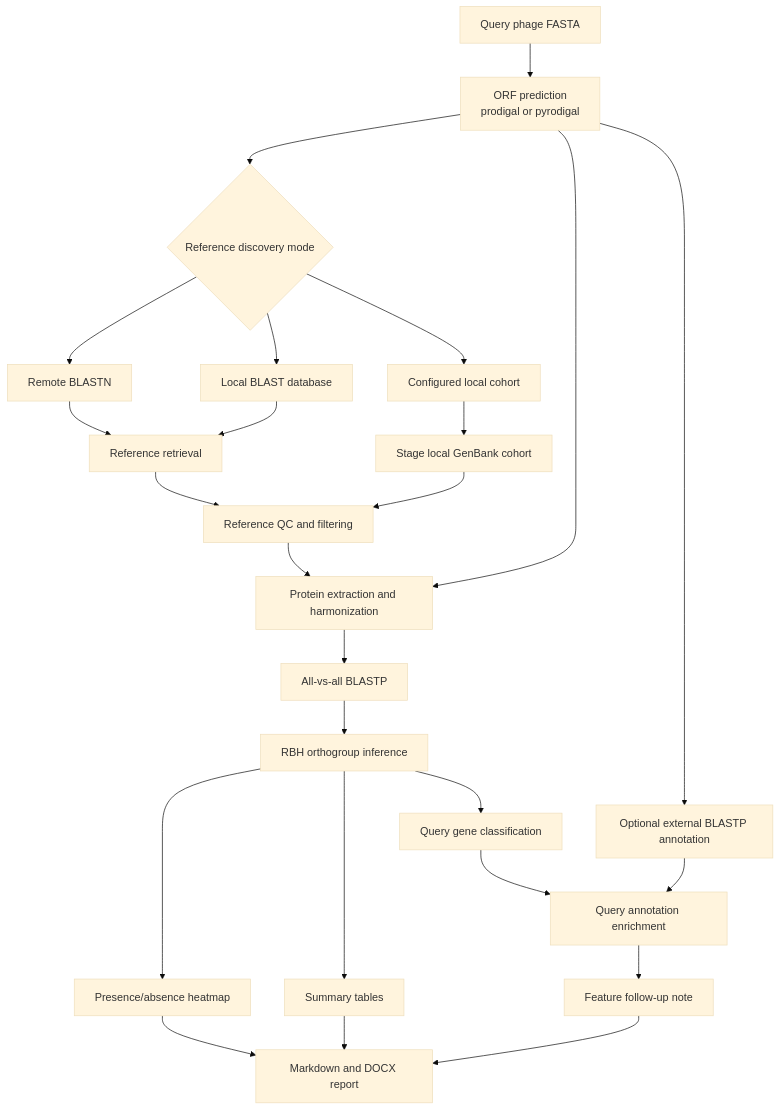
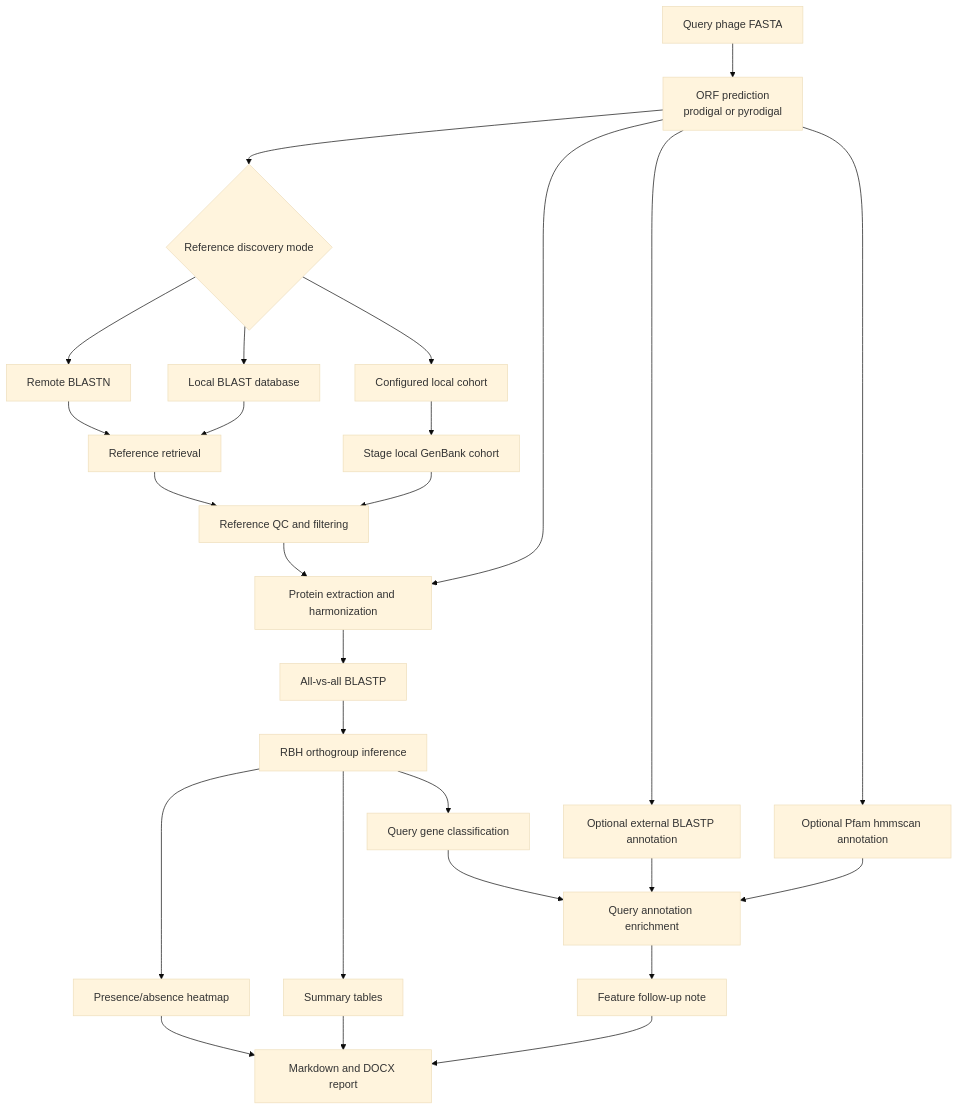
The diagram in docs/workflow_overview.md (Tasnimul-Arabi-Anik/phage-pangenome-pipeline), drawn with Mermaid (base theme) before and after one commit. The commit also changed other lines of this file and 15 other files, not shown here.

Commit message:
Add optional Pfam hmmscan annotation support

````diff
--- a/docs/workflow_overview.md
+++ b/docs/workflow_overview.md
@@ -5,27 +5,29 @@
 ```mermaid
 flowchart TD
     A[Query phage FASTA] --> B[ORF prediction<br/>prodigal or pyrodigal]
     B --> C{Reference discovery mode}
     C --> D[Remote BLASTN]
     C --> E[Local BLAST database]
     C --> F[Configured local cohort]
     D --> G[Reference retrieval]
     E --> G
     F --> H[Stage local GenBank cohort]
     G --> I[Reference QC and filtering]
     H --> I
     I --> J[Protein extraction and harmonization]
     B --> J
     J --> K[All-vs-all BLASTP]
     K --> L[RBH orthogroup inference]
     L --> M[Query gene classification]
     B --> S[Optional external BLASTP annotation]
+    B --> T[Optional Pfam hmmscan annotation]
     M --> R[Query annotation enrichment]
     S --> R
+    T --> R
     L --> N[Presence/absence heatmap]
     L --> O[Summary tables]
     R --> P[Feature follow-up note]
     N --> Q[Markdown and DOCX report]
     O --> Q
     P --> Q
 ```
````
